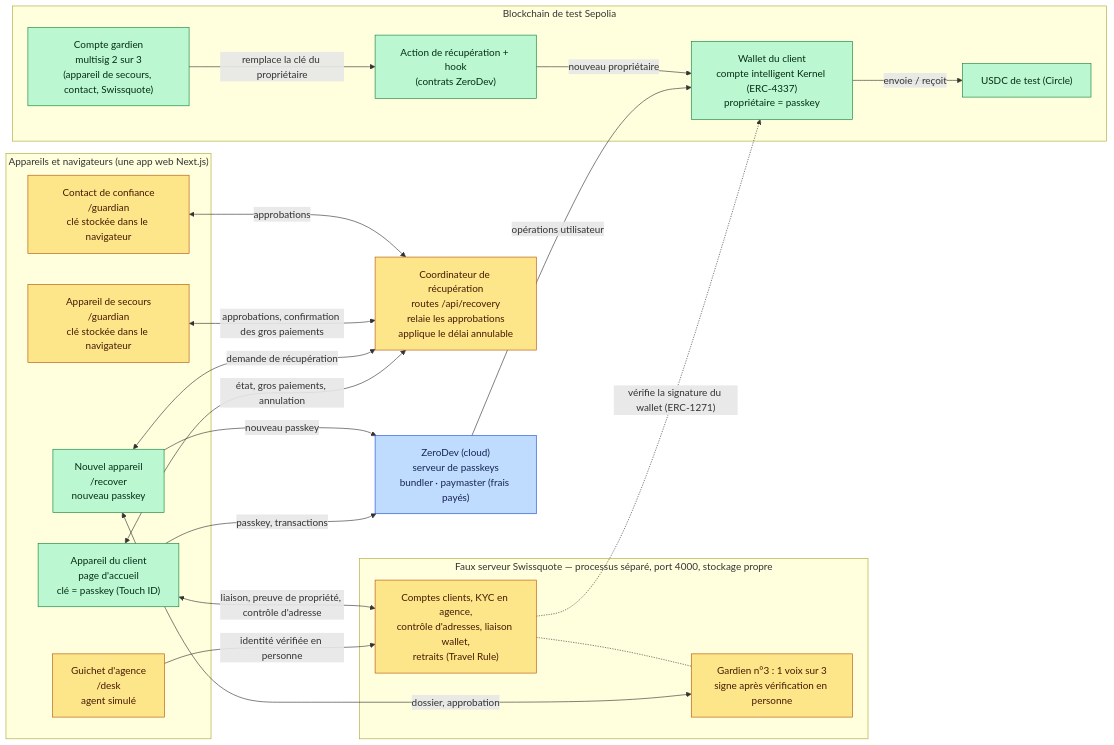
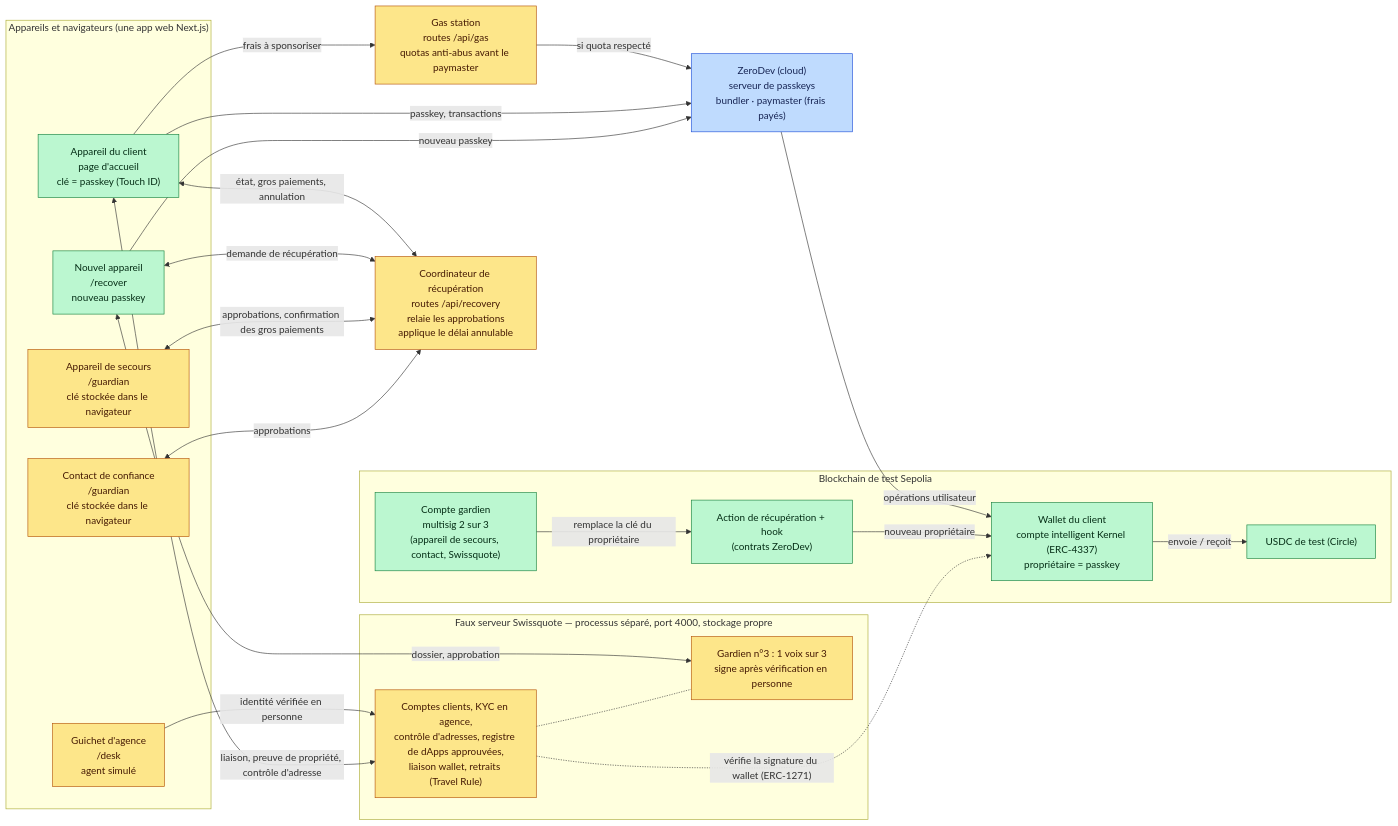
One commit to Moussa-dme/swissquote-wallet changed the first of 7 diagrams in docs/ARCHITECTURE.md. Above: the diagram before and after it, drawn with Mermaid. The commit also changed other lines of this file and 14 other files, not shown here.

Commit message:
Bonus: registre de dApps approuvées avec empreinte du code, contrôles renforcés; documentation, schémas et tutoriel à jour

````diff
--- a/docs/ARCHITECTURE.md
+++ b/docs/ARCHITECTURE.md
@@ -7,46 +7,50 @@
 ```mermaid
 flowchart LR
     classDef real fill:#bbf7d0,stroke:#15803d,color:#052e16
     classDef mock fill:#fde68a,stroke:#b45309,color:#451a03
     classDef ext fill:#bfdbfe,stroke:#1d4ed8,color:#172554
 
     subgraph DEV["Appareils et navigateurs (une app web Next.js)"]
         OWNER["Appareil du client<br/>page d'accueil<br/>clé = passkey (Touch ID)"]:::real
         NEWDEV["Nouvel appareil<br/>/recover<br/>nouveau passkey"]:::real
         BACKUP["Appareil de secours<br/>/guardian<br/>clé stockée dans le navigateur"]:::mock
         CONTACT["Contact de confiance<br/>/guardian<br/>clé stockée dans le navigateur"]:::mock
         DESK["Guichet d'agence<br/>/desk<br/>agent simulé"]:::mock
     end
 
+    GAS["Gas station<br/>routes /api/gas<br/>quotas anti-abus avant le paymaster"]:::mock
+
     COORD["Coordinateur de récupération<br/>routes /api/recovery<br/>relaie les approbations<br/>applique le délai annulable"]:::mock
 
     subgraph SQ["Faux serveur Swissquote — processus séparé, port 4000, stockage propre"]
         SQG["Gardien n°3 : 1 voix sur 3<br/>signe après vérification en personne"]:::mock
-        SQB["Comptes clients, KYC en agence,<br/>contrôle d'adresses, liaison wallet,<br/>retraits (Travel Rule)"]:::mock
+        SQB["Comptes clients, KYC en agence,<br/>contrôle d'adresses, registre de dApps approuvées,<br/>liaison wallet, retraits (Travel Rule)"]:::mock
     end
 
     ZD["ZeroDev (cloud)<br/>serveur de passkeys<br/>bundler · paymaster (frais payés)"]:::ext
 
     subgraph CHAIN["Blockchain de test Sepolia"]
         ACCOUNT["Wallet du client<br/>compte intelligent Kernel (ERC-4337)<br/>propriétaire = passkey"]:::real
         GUARD["Compte gardien<br/>multisig 2 sur 3<br/>(appareil de secours, contact, Swissquote)"]:::real
         RECOV["Action de récupération + hook<br/>(contrats ZeroDev)"]:::real
         USDC["USDC de test (Circle)"]:::real
     end
 
+    OWNER -->|"frais à sponsoriser"| GAS
+    GAS -->|"si quota respecté"| ZD
     OWNER -->|"passkey, transactions"| ZD
     NEWDEV -->|"nouveau passkey"| ZD
     ZD -->|"opérations utilisateur"| ACCOUNT
     OWNER <-->|"état, gros paiements, annulation"| COORD
     NEWDEV <-->|"demande de récupération"| COORD
     BACKUP <-->|"approbations, confirmation des gros paiements"| COORD
     CONTACT <-->|"approbations"| COORD
     NEWDEV <-->|"dossier, approbation"| SQG
     DESK -->|"identité vérifiée en personne"| SQB
     OWNER <-->|"liaison, preuve de propriété, contrôle d'adresse"| SQB
     SQB -.- SQG
     GUARD -->|"remplace la clé du propriétaire"| RECOV
     RECOV -->|"nouveau propriétaire"| ACCOUNT
     ACCOUNT -->|"envoie / reçoit"| USDC
     SQB -.->|"vérifie la signature du wallet (ERC-1271)"| ACCOUNT
 ```
````
